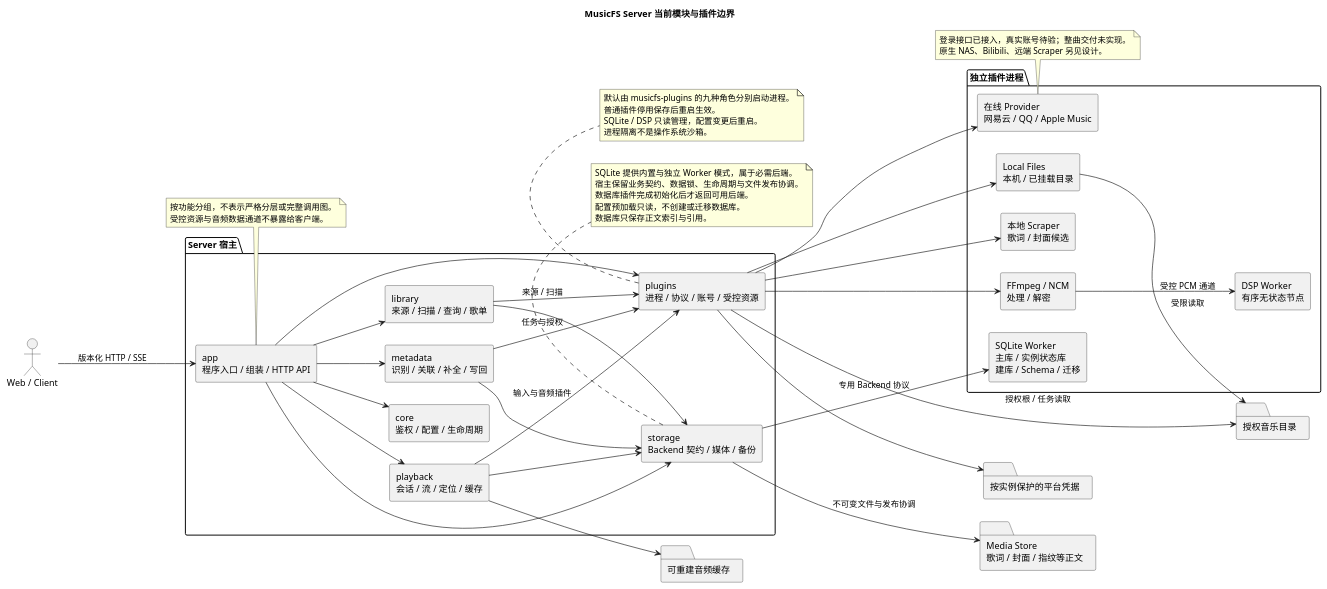
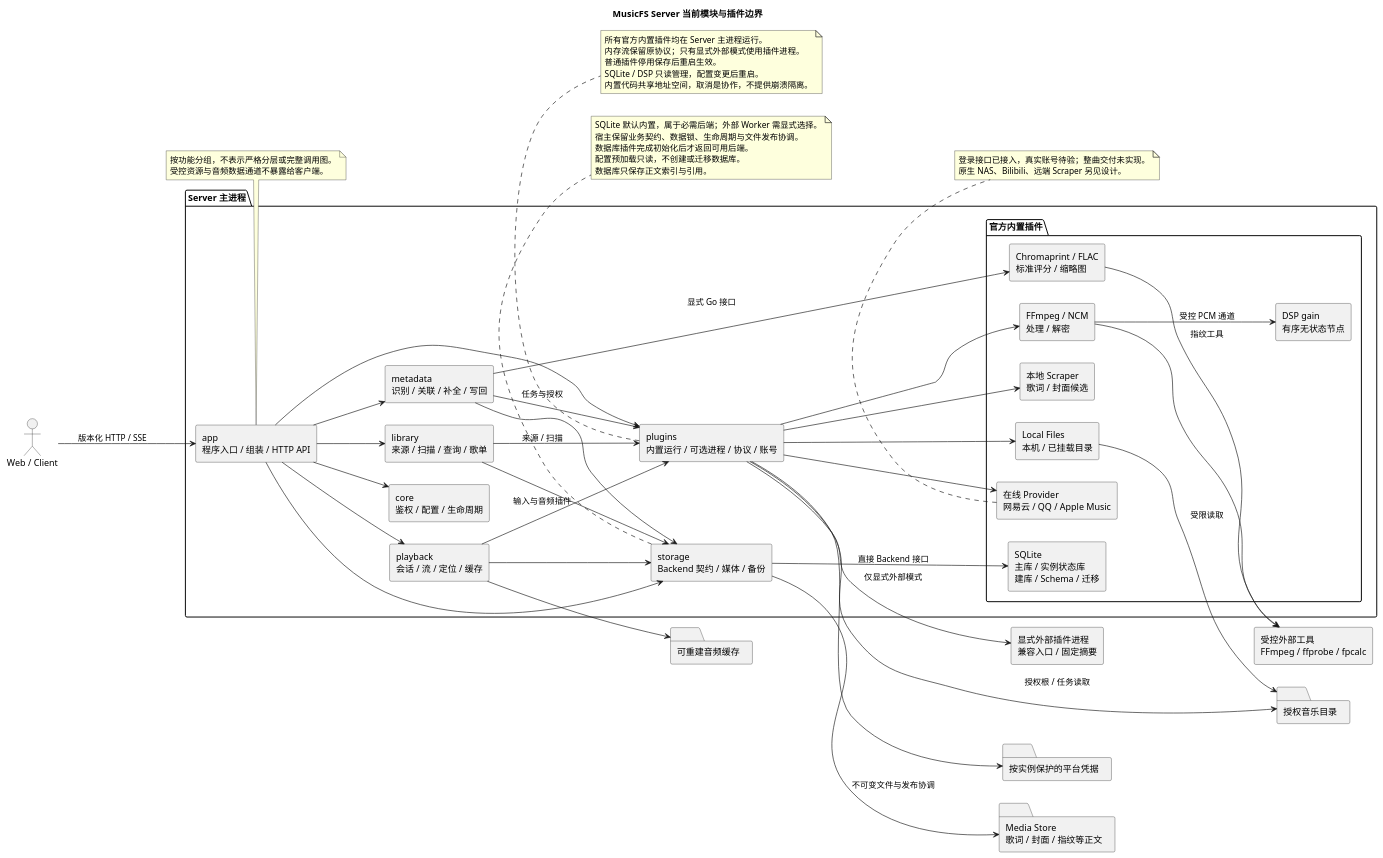
One commit to fnMrRice/MusicFS-server changed the diagram in docs/diagrams/components.puml. Above: the diagram before and after it, drawn with PlantUML. The commit also changed 165 other files, not shown here.

```diff
--- a/docs/diagrams/components.puml
+++ b/docs/diagrams/components.puml
@@ -1,76 +1,84 @@
 @startuml
 title MusicFS Server 当前模块与插件边界
 left to right direction
 skinparam componentStyle rectangle
 skinparam shadowing false
 
 actor "Web / Client" as UI
-package "Server 宿主" {
+package "Server 主进程" {
   component "app\n程序入口 / 组装 / HTTP API" as App
   component "core\n鉴权 / 配置 / 生命周期" as Core
   component "library\n来源 / 扫描 / 查询 / 歌单" as Library
   component "metadata\n识别 / 关联 / 补全 / 写回" as Metadata
   component "playback\n会话 / 流 / 定位 / 缓存" as Playback
-  component "plugins\n进程 / 协议 / 账号 / 受控资源" as Host
+  component "plugins\n内置运行 / 可选进程 / 协议 / 账号" as Host
   component "storage\nBackend 契约 / 媒体 / 备份" as Storage
-}
-package "独立插件进程" {
+package "官方内置插件" {
   component "Local Files\n本机 / 已挂载目录" as Local
   component "在线 Provider\n网易云 / QQ / Apple Music" as Online
   component "本地 Scraper\n歌词 / 封面候选" as Scraper
   component "FFmpeg / NCM\n处理 / 解密" as Audio
-  component "DSP Worker\n有序无状态节点" as DSP
-  component "SQLite Worker\n主库 / 实例状态库\n建库 / Schema / 迁移" as SQLite
+  component "DSP gain\n有序无状态节点" as DSP
+  component "SQLite\n主库 / 实例状态库\n建库 / Schema / 迁移" as SQLite
+  component "Chromaprint / FLAC\n标准评分 / 缩略图" as Algorithms
 }
+}
+component "显式外部插件进程\n兼容入口 / 固定摘要" as External
+component "受控外部工具\nFFmpeg / ffprobe / fpcalc" as Tools
 folder "授权音乐目录" as Files
 folder "Media Store\n歌词 / 封面 / 指纹等正文" as Media
 folder "可重建音频缓存" as Cache
 folder "按实例保护的平台凭据" as Credentials
 
 UI --> App : 版本化 HTTP / SSE
 App --> Core
 App --> Library
 App --> Metadata
 App --> Playback
 App --> Host
 App --> Storage
 Library --> Host : 来源 / 扫描
 Metadata --> Host : 任务与授权
 Playback --> Host : 输入与音频插件
 Library --> Storage
 Metadata --> Storage
+Metadata --> Algorithms : 显式 Go 接口
 Playback --> Storage
 Host --> Local
 Host --> Online
 Host --> Scraper
 Host --> Audio
 Host --> Credentials
 Host --> Files : 授权根 / 任务读取
 Local --> Files : 受限读取
 Audio --> DSP : 受控 PCM 通道
+Audio --> Tools
+Algorithms --> Tools : 指纹工具
+Host --> External : 仅显式外部模式
 Playback --> Cache
-Storage --> SQLite : 专用 Backend 协议
+Storage --> SQLite : 直接 Backend 接口
 Storage --> Media : 不可变文件与发布协调
 
 note bottom of Host
-  默认由 musicfs-plugins 的九种角色分别启动进程。
+  所有官方内置插件均在 Server 主进程运行。
+  内存流保留原协议；只有显式外部模式使用插件进程。
   普通插件停用保存后重启生效。
   SQLite / DSP 只读管理，配置变更后重启。
-  进程隔离不是操作系统沙箱。
+  内置代码共享地址空间，取消是协作，不提供崩溃隔离。
 end note
 note bottom of Storage
-  SQLite 提供内置与独立 Worker 模式，属于必需后端。
+  SQLite 默认内置，属于必需后端；外部 Worker 需显式选择。
   宿主保留业务契约、数据锁、生命周期与文件发布协调。
   数据库插件完成初始化后才返回可用后端。
   配置预加载只读，不创建或迁移数据库。
   数据库只保存正文索引与引用。
 end note
 note bottom of Online
   登录接口已接入，真实账号待验；整曲交付未实现。
   原生 NAS、Bilibili、远端 Scraper 另见设计。
 end note
 note bottom of App
   按功能分组，不表示严格分层或完整调用图。
   受控资源与音频数据通道不暴露给客户端。
 end note
 @enduml
```
